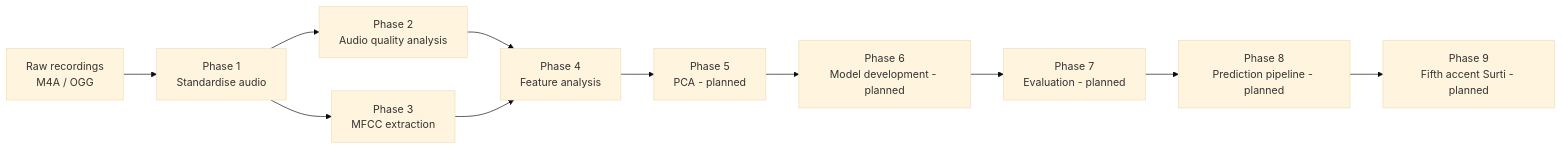
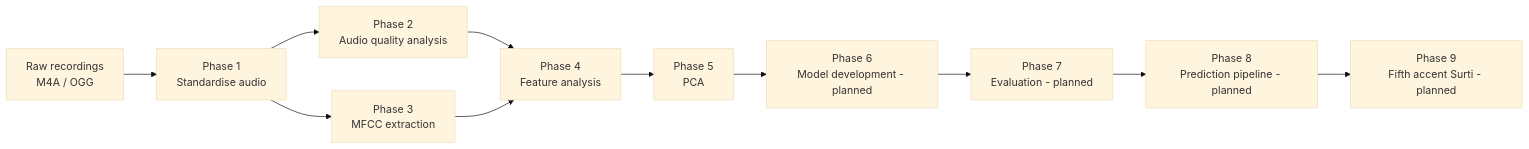
Before and after one commit to pri-2711/GAC: the diagram in README.md, drawn with Mermaid (base theme). The commit also changed other lines of this file and 48 other files, not shown here.

````diff
--- a/README.md
+++ b/README.md
@@ -88,13 +88,13 @@
 ```mermaid
 flowchart LR
     A[Raw recordings<br/>M4A / OGG] --> P1[Phase 1<br/>Standardise audio]
     P1 --> P2[Phase 2<br/>Audio quality analysis]
     P1 --> P3[Phase 3<br/>MFCC extraction]
     P2 --> P4[Phase 4<br/>Feature analysis]
     P3 --> P4
-    P4 --> P5[Phase 5<br/>PCA - planned]
+    P4 --> P5[Phase 5<br/>PCA]
     P5 --> P6[Phase 6<br/>Model development - planned]
     P6 --> P7[Phase 7<br/>Evaluation - planned]
     P7 --> P8[Phase 8<br/>Prediction pipeline - planned]
     P8 --> P9[Phase 9<br/>Fifth accent Surti - planned]
 ```
````
